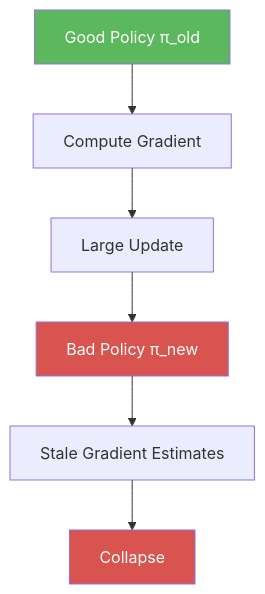
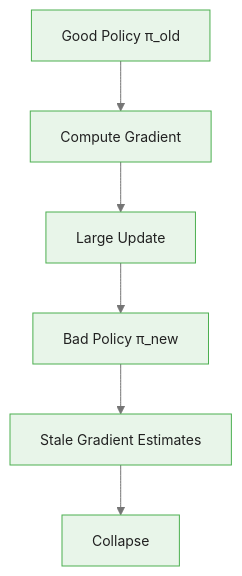
The first of 2 diagrams in courses/reinforcement-learning/modules/module_07_advanced_policy_optimization/guides/01_trust_regions_slides.md (m-deane/course-creator), drawn with Mermaid before and after one commit. The commit also changed other lines of this file and 131 other files, not shown here.

````diff
--- a/courses/reinforcement-learning/modules/module_07_advanced_policy_optimization/guides/01_trust_regions_slides.md
+++ b/courses/reinforcement-learning/modules/module_07_advanced_policy_optimization/guides/01_trust_regions_slides.md
@@ -41,11 +43,9 @@
 ```mermaid
+%%{init: {"theme": "base", "themeVariables": {"primaryColor": "#e8f5e9", "primaryBorderColor": "#4caf50", "primaryTextColor": "#212121", "secondaryColor": "#e3f2fd", "tertiaryColor": "#fff8e1", "lineColor": "#757575", "fontFamily": "Inter, sans-serif", "fontSize": "14px"}}}%%
 graph TD
     A["Good Policy π_old"] --> B["Compute Gradient"]
     B --> C["Large Update"]
     C --> D["Bad Policy π_new"]
     D --> E["Stale Gradient Estimates"]
     E --> F["Collapse"]
-    style D fill:#d9534f,color:#fff
-    style F fill:#d9534f,color:#fff
-    style A fill:#5cb85c,color:#fff
 ```
````
